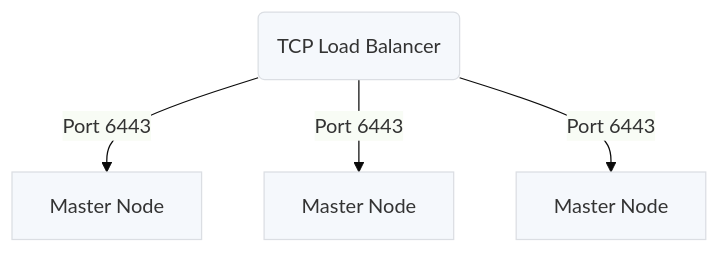
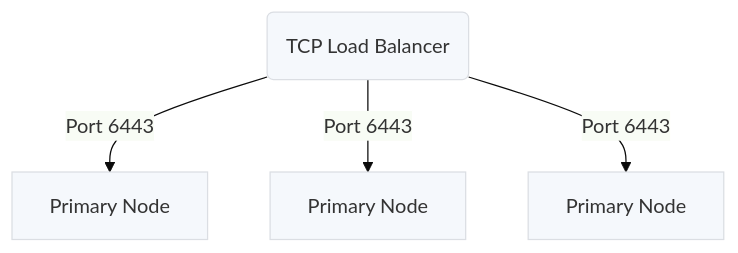
One commit to replicatedhq/kurl.sh changed the diagram in src/markdown-pages/install-with-kurl/system-requirements.md. Above: the diagram before and after it, drawn with Mermaid. The commit also changed other lines of this file and 4 other files, not shown here.

````diff
--- a/src/markdown-pages/install-with-kurl/system-requirements.md
+++ b/src/markdown-pages/install-with-kurl/system-requirements.md
@@ -93,8 +93,8 @@
 ```mermaid
 %%{init: {'theme': 'base', 'themeVariables': { 'primaryColor': '#f5f8fc'}}}%%
 graph TB
     A(TCP Load Balancer)
-    A -->|Port 6443| B[Master Node]
-    A -->|Port 6443| C[Master Node]
-    A -->|Port 6443| D[Master Node]
+    A -->|Port 6443| B[Primary Node]
+    A -->|Port 6443| C[Primary Node]
+    A -->|Port 6443| D[Primary Node]
 ```
````
